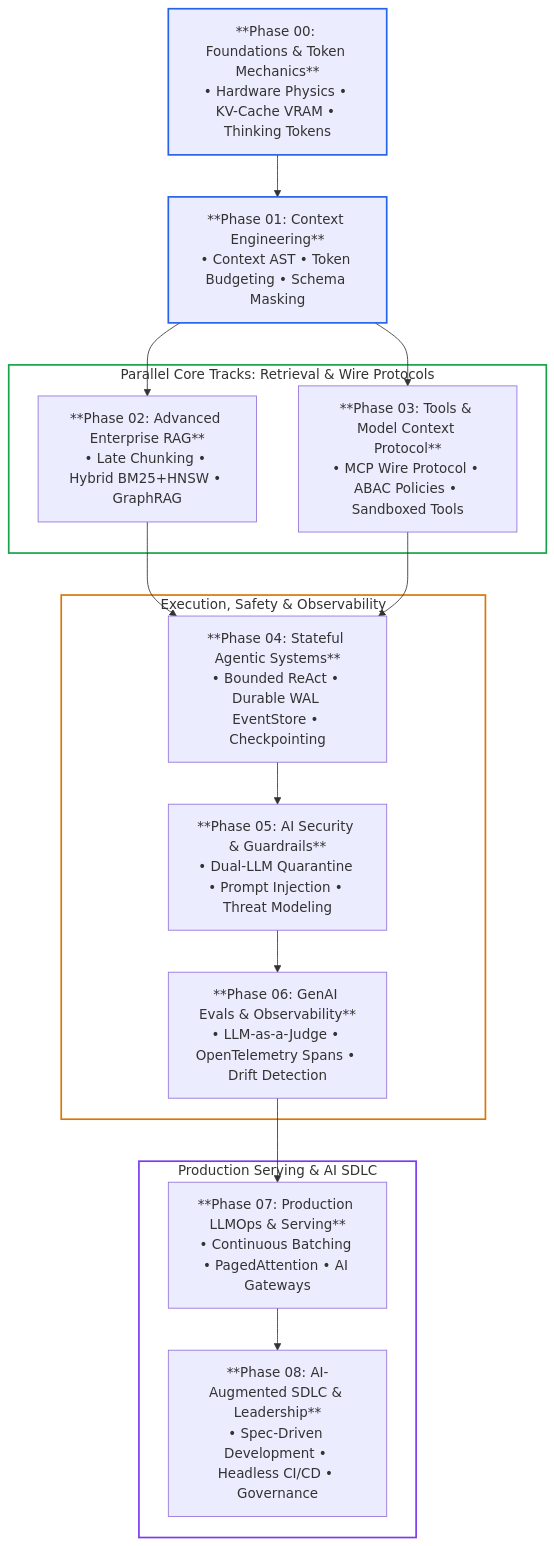
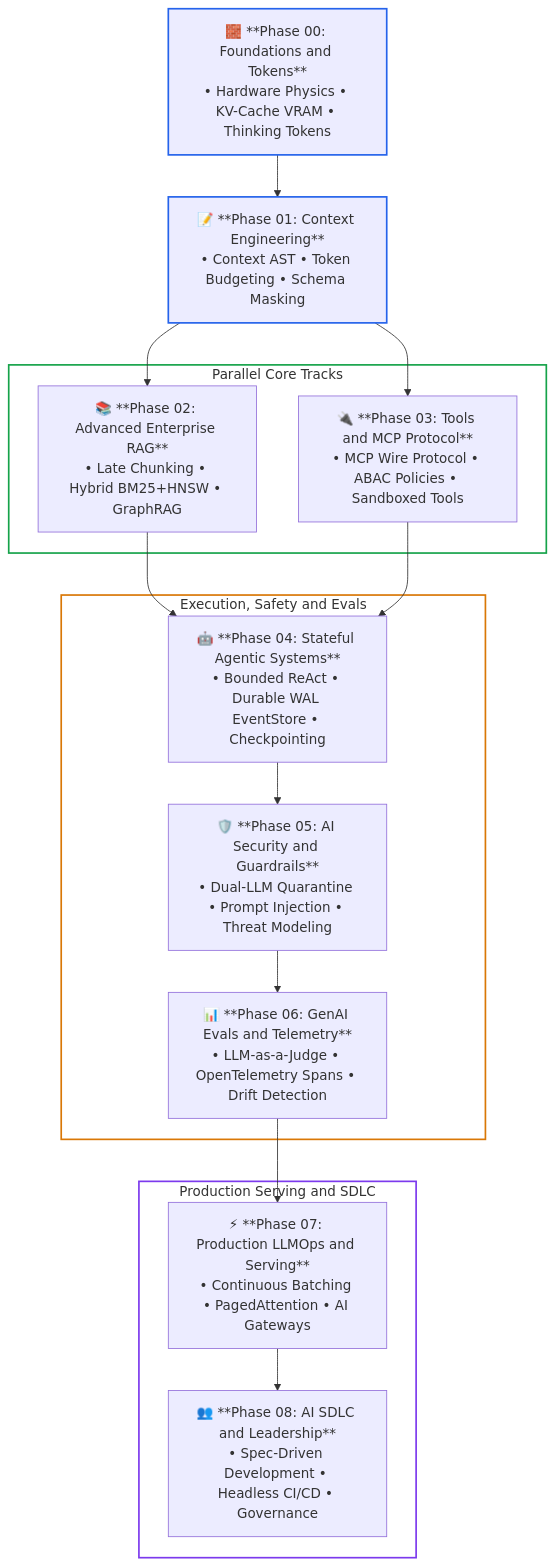
One commit to dip4k/senior-engineer-to-ai-engineer-roadmap changed the second of 4 diagrams in README.md. Above: the diagram before and after it, drawn with Mermaid. The commit also changed other lines of this file and 94 other files, not shown here.

Commit message:
refactor(curriculum): complete Phase 04 upgrade and enforce diagram renderer invariants

````diff
--- a/README.md
+++ b/README.md
@@ -130,32 +129,32 @@
 ```mermaid
 flowchart TD
-    S0["**Phase 00: Foundations & Token Mechanics**<br>• Hardware Physics • KV-Cache VRAM • Thinking Tokens"] --> S1
-    S1["**Phase 01: Context Engineering**<br>• Context AST • Token Budgeting • Schema Masking"] --> S2
+    S0["🧱 **Phase 00: Foundations and Tokens**<br>• Hardware Physics • KV-Cache VRAM • Thinking Tokens"] --> S1
+    S1["📝 **Phase 01: Context Engineering**<br>• Context AST • Token Budgeting • Schema Masking"] --> S2
     S1 --> S3
     
-    subgraph CoreTracks["Parallel Core Tracks: Retrieval & Wire Protocols"]
-        S2["**Phase 02: Advanced Enterprise RAG**<br>• Late Chunking • Hybrid BM25+HNSW • GraphRAG"]
-        S3["**Phase 03: Tools & Model Context Protocol**<br>• MCP Wire Protocol • ABAC Policies • Sandboxed Tools"]
+    subgraph CoreTracks["Parallel Core Tracks"]
+        S2["📚 **Phase 02: Advanced Enterprise RAG**<br>• Late Chunking • Hybrid BM25+HNSW • GraphRAG"]
+        S3["🔌 **Phase 03: Tools and MCP Protocol**<br>• MCP Wire Protocol • ABAC Policies • Sandboxed Tools"]
     end
     
     S2 --> S4
     S3 --> S4
     
-    subgraph AgenticTracks["Execution, Safety & Observability"]
-        S4["**Phase 04: Stateful Agentic Systems**<br>• Bounded ReAct • Durable WAL EventStore • Checkpointing"] --> S5
-        S5["**Phase 05: AI Security & Guardrails**<br>• Dual-LLM Quarantine • Prompt Injection • Threat Modeling"] --> S6
-        S6["**Phase 06: GenAI Evals & Observability**<br>• LLM-as-a-Judge • OpenTelemetry Spans • Drift Detection"]
+    subgraph AgenticTracks["Execution, Safety and Evals"]
+        S4["🤖 **Phase 04: Stateful Agentic Systems**<br>• Bounded ReAct • Durable WAL EventStore • Checkpointing"] --> S5
+        S5["🛡️ **Phase 05: AI Security and Guardrails**<br>• Dual-LLM Quarantine • Prompt Injection • Threat Modeling"] --> S6
+        S6["📊 **Phase 06: GenAI Evals and Telemetry**<br>• LLM-as-a-Judge • OpenTelemetry Spans • Drift Detection"]
     end
 
     S6 --> S7
-    subgraph ProductionTracks["Production Serving & AI SDLC"]
-        S7["**Phase 07: Production LLMOps & Serving**<br>• Continuous Batching • PagedAttention • AI Gateways"] --> S8
-        S8["**Phase 08: AI-Augmented SDLC & Leadership**<br>• Spec-Driven Development • Headless CI/CD • Governance"]
+    subgraph ProductionTracks["Production Serving and SDLC"]
+        S7["⚡ **Phase 07: Production LLMOps and Serving**<br>• Continuous Batching • PagedAttention • AI Gateways"] --> S8
+        S8["👥 **Phase 08: AI SDLC and Leadership**<br>• Spec-Driven Development • Headless CI/CD • Governance"]
     end
 
     style S0 stroke:#2563eb,stroke-width:2px
     style S1 stroke:#2563eb,stroke-width:2px
     style CoreTracks fill:none,stroke:#16a34a,stroke-width:2px
     style AgenticTracks fill:none,stroke:#d97706,stroke-width:2px
     style ProductionTracks fill:none,stroke:#7c3aed,stroke-width:2px
 ```
````
